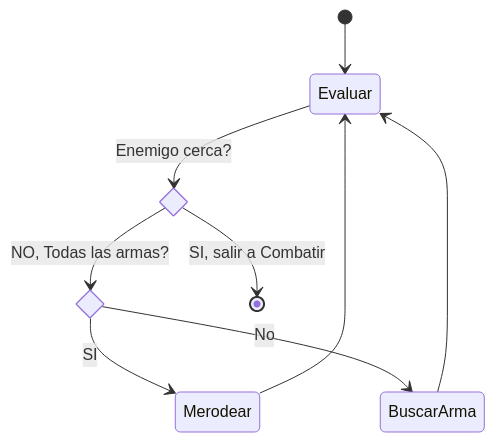
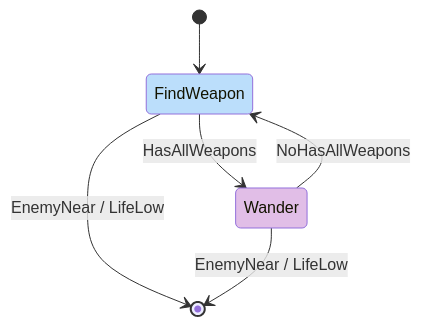
The fifth of 5 diagrams in README.md (Kang-Hsi/hfsm-bt), drawn with Mermaid before and after one commit. The commit also changed other lines of this file, not shown here.

````diff
--- a/README.md
+++ b/README.md
@@ -595,24 +598,18 @@
-    ```Mermaid
+    ```mermaid
     ---
     config:
     theme: base
     look: neo
     ---
     stateDiagram
     direction TB
-    [*] --> Evaluar
 
-    state ArmaCompleta <<choice>>
-    state EnemigoCerca <<choice>>
+    [*] --> FindWeapon
+    FindWeapon --> Wander: HasAllWeapons
+    Wander --> FindWeapon: NoHasAllWeapons
+    FindWeapon --> [*]: EnemyNear / LifeLow
+    Wander --> [*]: EnemyNear / LifeLow
 
-    Evaluar --> EnemigoCerca: Enemigo cerca?
-    EnemigoCerca -->[*]: SI, salir a Combatir
-    EnemigoCerca--> ArmaCompleta: NO, Todas las armas?
-
-    ArmaCompleta --> Merodear: SI
-    ArmaCompleta --> BuscarArma: No
-
-    BuscarArma --> Evaluar
-    Merodear-->Evaluar
-
+    style FindWeapon fill:#BBDEFB
+    style Wander fill:#E1BEE7
     ```
````
